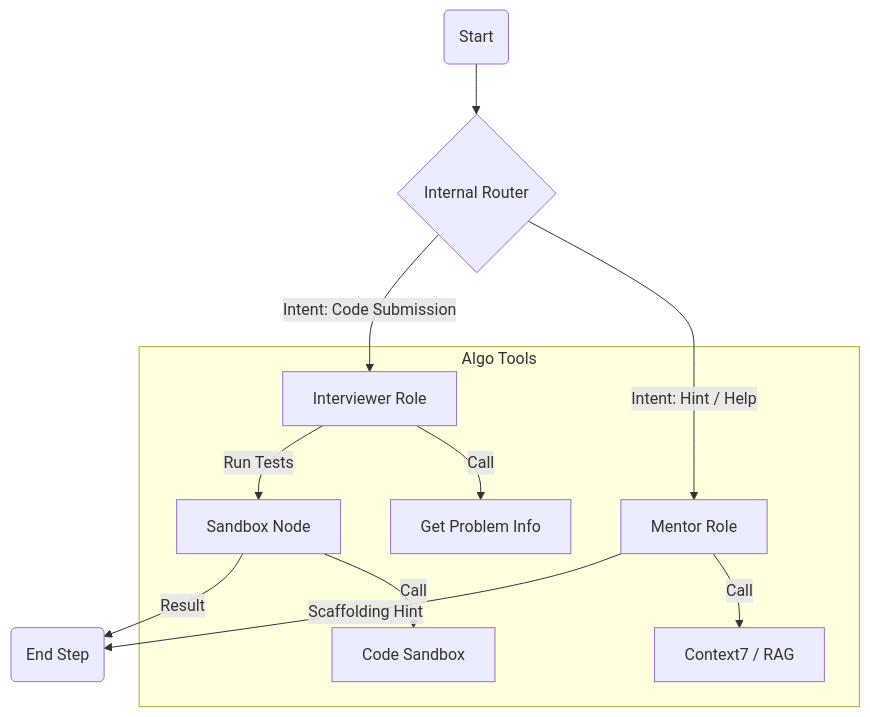
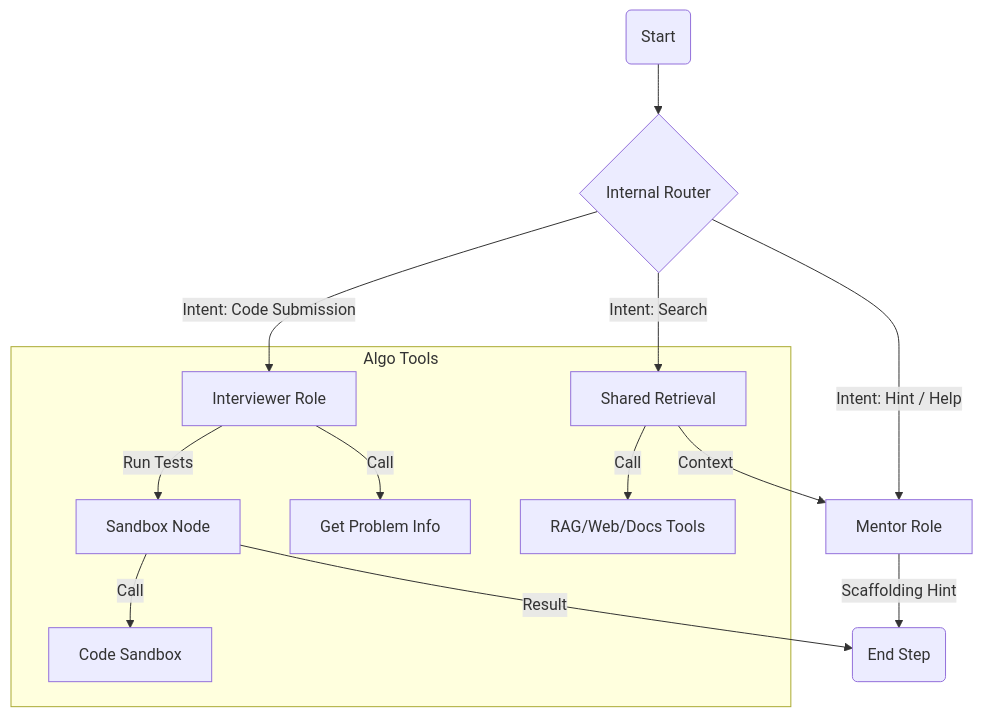
One commit to Lifelong-Learning-Assisttant/agent_service changed the fourth of 4 diagrams in docs/agent_documentation.md. Above: the diagram before and after it, drawn with Mermaid. The commit also changed other lines of this file, not shown here.

````diff
--- a/docs/agent_documentation.md
+++ b/docs/agent_documentation.md
@@ -92,18 +97,20 @@
 ```mermaid
 graph TD
     A_Start(Start) --> A_Router{Internal Router}
     
     A_Router --"Intent: Code Submission"--> A_Interviewer[Interviewer Role]
     A_Router --"Intent: Hint / Help"--> A_Mentor[Mentor Role]
+    A_Router --"Intent: Search"--> A_Search[Shared Retrieval]
     
     A_Interviewer --"Run Tests"--> A_Sandbox[Sandbox Node]
     A_Sandbox --"Result"--> A_End(End Step)
     
     A_Mentor --"Scaffolding Hint"--> A_End
+    A_Search --"Context"--> A_Mentor
     
     subgraph "Algo Tools"
         A_Interviewer --"Call"--> Tool_Problem[Get Problem Info]
         A_Sandbox --"Call"--> Tool_Exec[Code Sandbox]
-        A_Mentor --"Call"--> Tool_Docs[Context7 / RAG]
+        A_Search --"Call"--> Shared_Tools[RAG/Web/Docs Tools]
     end
 ```
````
